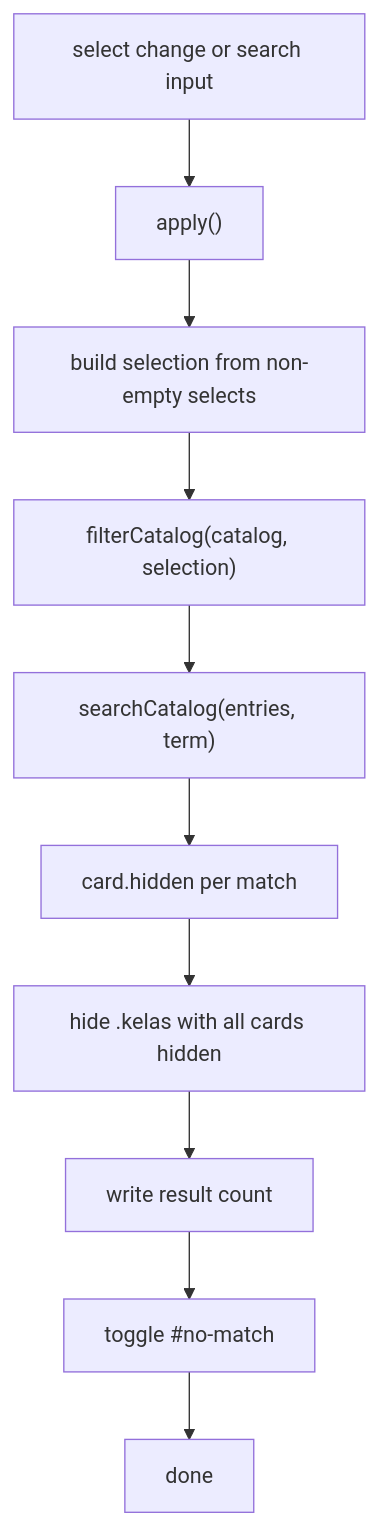
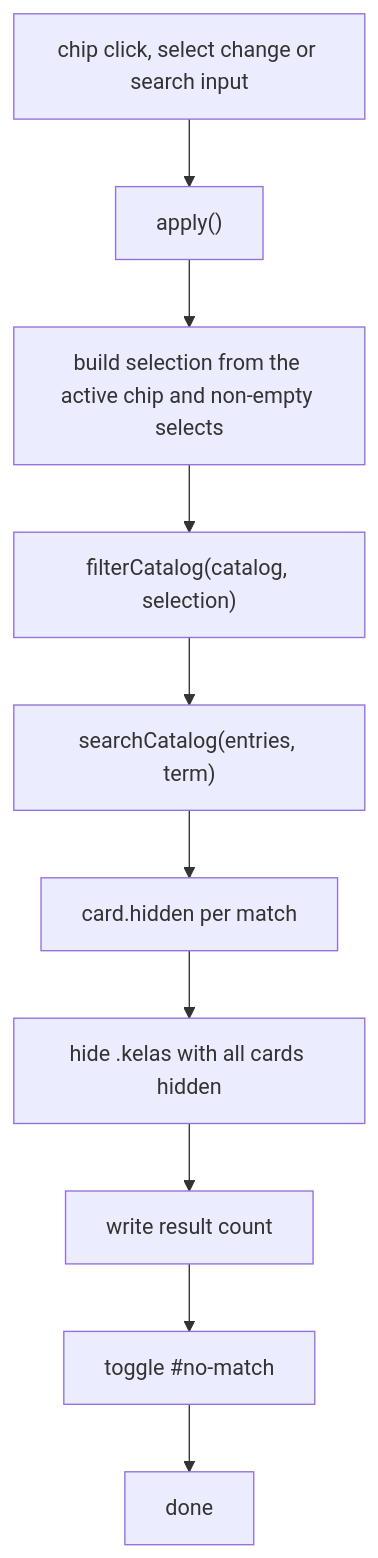
The diagram in wiki/features/katalog-page.md (koosty/simula.koosty.web.id), drawn with Mermaid before and after one commit. The commit also changed other lines of this file and 4 other files, not shown here.

````diff
--- a/wiki/features/katalog-page.md
+++ b/wiki/features/katalog-page.md
@@ -108,12 +110,12 @@
 ```mermaid
 flowchart TD
-  Input["select change or search input"] --> Apply["apply()"]
-  Apply --> Sel["build selection from non-empty selects"]
+  Input["chip click, select change or search input"] --> Apply["apply()"]
+  Apply --> Sel["build selection from the active chip and non-empty selects"]
   Sel --> Filter["filterCatalog(catalog, selection)"]
   Filter --> Search["searchCatalog(entries, term)"]
   Search --> Hide["card.hidden per match"]
   Hide --> Sections["hide .kelas with all cards hidden"]
   Sections --> Count["write result count"]
   Count --> NoMatch["toggle #no-match"]
   NoMatch --> End["done"]
 ```
````
